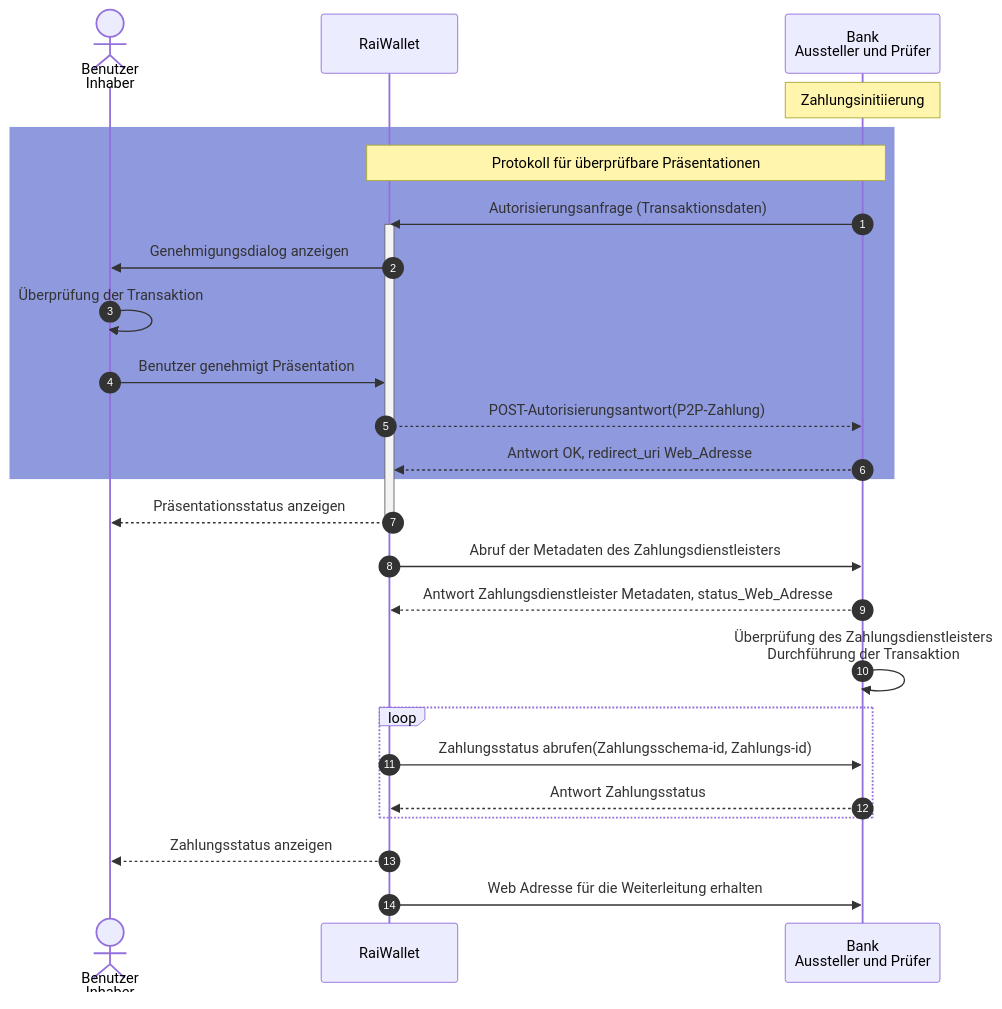
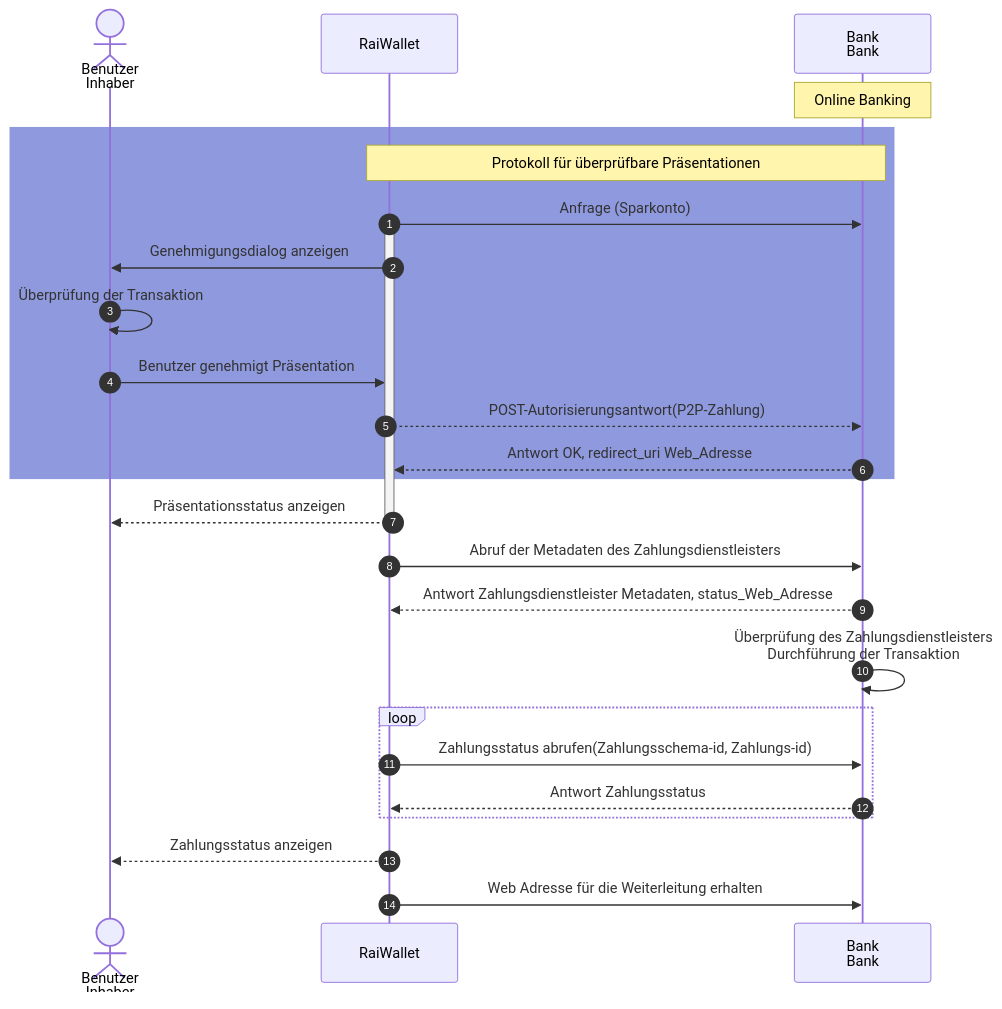
Before and after one commit to frogman/tomcat: the diagram in readme1.md, drawn with Mermaid.

````diff
--- a/readme1.md
+++ b/readme1.md
@@ -1,33 +1,33 @@
 ```mermaid
 
 sequenceDiagram
     autonumber
     actor user as Benutzer<br/>Inhaber
     participant wallet as RaiWallet 
-    participant psp as Bank<br/>Aussteller und Prüfer
+    participant psp as Bank<br/>Bank
 
-    Note over psp: Zahlungsinitiierung
+    Note over psp: Online Banking
     rect rgb(143, 153, 222)
     note over wallet, psp: Protokoll für überprüfbare Präsentationen
-    psp ->> wallet: Autorisierungsanfrage (Transaktionsdaten)
+    wallet ->> psp: Anfrage (Sparkonto)
     activate wallet
     wallet ->> user: Genehmigungsdialog anzeigen
     user ->> user: Überprüfung der Transaktion
     user ->> wallet: Benutzer genehmigt Präsentation
     wallet -->> psp: POST-Autorisierungsantwort(P2P-Zahlung)
     psp -->> wallet: Antwort OK, redirect_uri Web_Adresse
     end
     wallet -->> user: Präsentationsstatus anzeigen
     deactivate wallet
     wallet ->> psp: Abruf der Metadaten des Zahlungsdienstleisters
     psp -->> wallet: Antwort Zahlungsdienstleister Metadaten, status_Web_Adresse
     psp ->> psp: Überprüfung des Zahlungsdienstleisters <br/> Durchführung der Transaktion
     loop
     wallet ->> psp: Zahlungsstatus abrufen(Zahlungsschema-id, Zahlungs-id)
 
     psp -->> wallet: Antwort Zahlungsstatus 
     end
     wallet -->> user: Zahlungsstatus anzeigen
     wallet ->> psp: Web Adresse für die Weiterleitung erhalten
 
 ```
````
